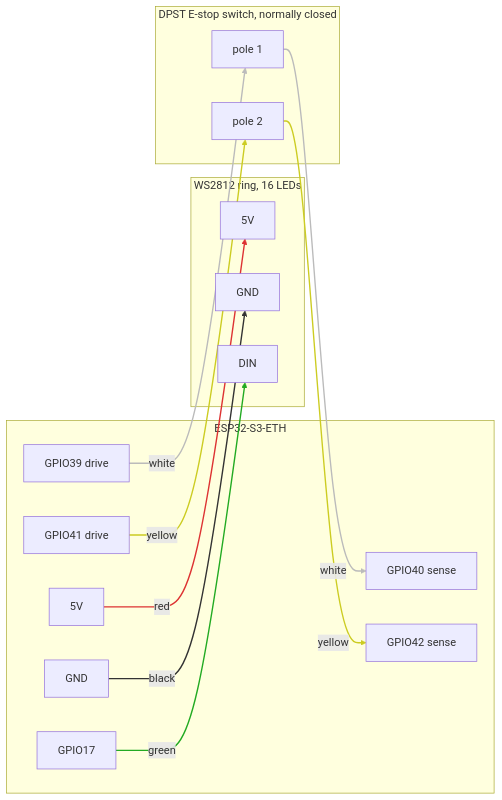
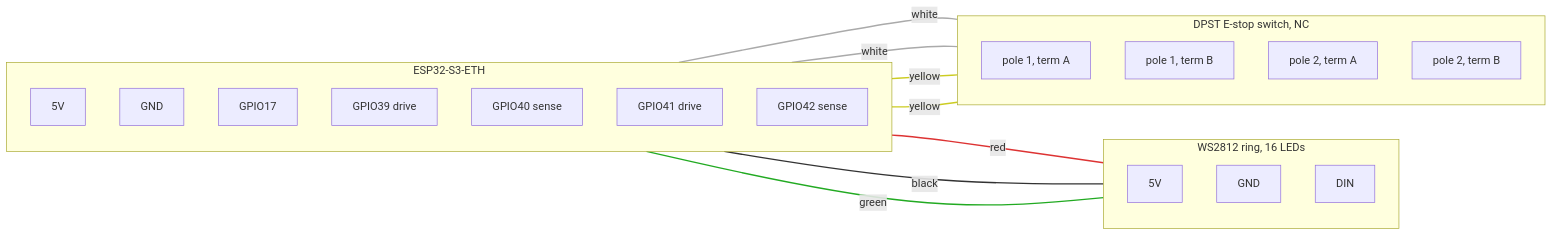
One commit to polymathrobotics/protective-stop changed the diagram in hardware/README.md. Above: the diagram before and after it, drawn with Mermaid.

Commit message:
hardware: untangle the wiring diagram
Chained edges and mixed subgraph ranks made mermaid route wires
through the middle of the boxes. One node per switch terminal, plain
undirected links, TB rank inside each box.

Claude-Session: https://claude.ai/code/session_01JRZvaANcTGNuMjJN2gVf8b

````diff
--- a/hardware/README.md
+++ b/hardware/README.md
@@ -31,35 +31,42 @@
 ```mermaid
 flowchart LR
     subgraph BOARD["ESP32-S3-ETH"]
+        direction TB
         P5V["5V"]
         GND["GND"]
         G17["GPIO17"]
         G39["GPIO39 drive"]
         G40["GPIO40 sense"]
         G41["GPIO41 drive"]
         G42["GPIO42 sense"]
     end
 
     subgraph RING["WS2812 ring, 16 LEDs"]
+        direction TB
         RV["5V"]
         RG["GND"]
         RD["DIN"]
     end
 
-    subgraph SW["DPST E-stop switch, normally closed"]
-        P1["pole 1"]
-        P2["pole 2"]
+    subgraph SW["DPST E-stop switch, NC"]
+        direction TB
+        P1A["pole 1, term A"]
+        P1B["pole 1, term B"]
+        P2A["pole 2, term A"]
+        P2B["pole 2, term B"]
     end
 
-    P5V -- red --> RV
-    GND -- black --> RG
-    G17 -- green --> RD
-    G39 -- white --> P1 -- white --> G40
-    G41 -- yellow --> P2 -- yellow --> G42
+    P5V --- |red| RV
+    GND --- |black| RG
+    G17 --- |green| RD
+    G39 --- |white| P1A
+    G40 --- |white| P1B
+    G41 --- |yellow| P2A
+    G42 --- |yellow| P2B
 
     linkStyle 0 stroke:#d33,stroke-width:2px
     linkStyle 1 stroke:#333,stroke-width:2px
     linkStyle 2 stroke:#2a2,stroke-width:2px
-    linkStyle 3,4 stroke:#bbb,stroke-width:2px
+    linkStyle 3,4 stroke:#aaa,stroke-width:2px
     linkStyle 5,6 stroke:#cc2,stroke-width:2px
 ```
````
